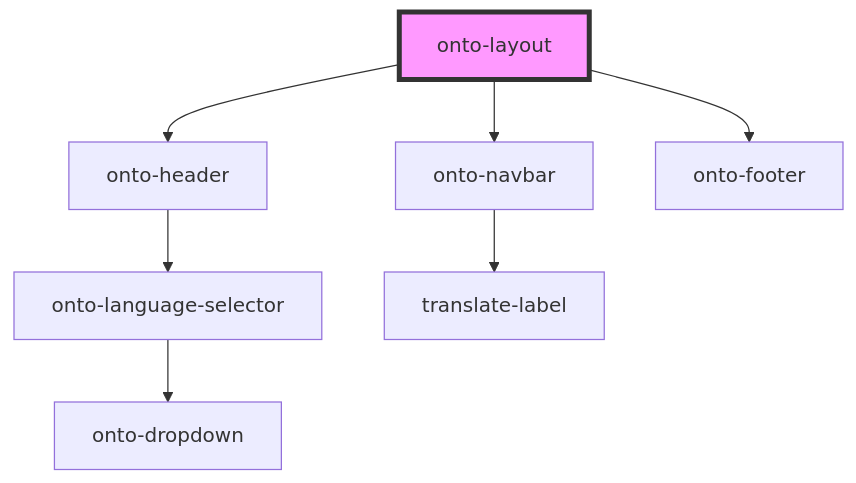
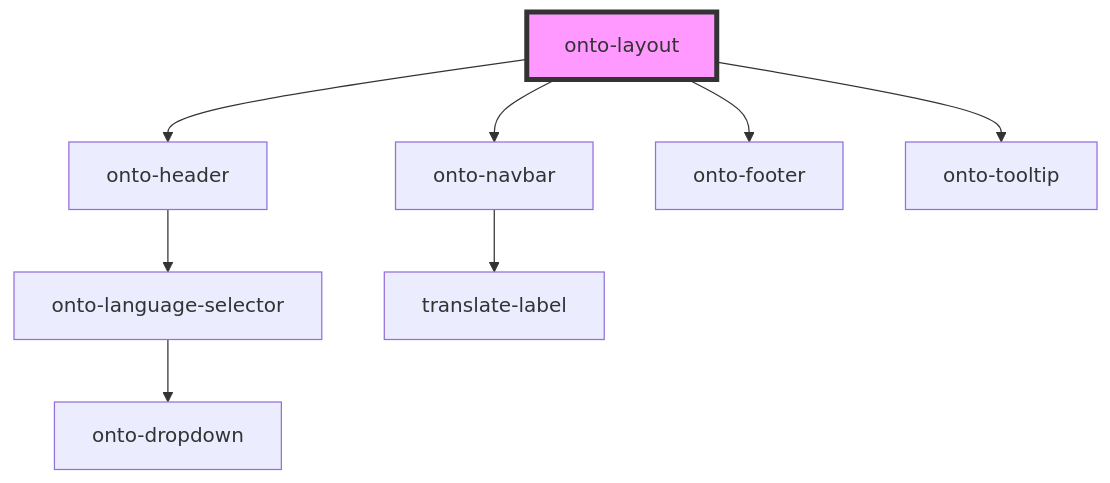
Before and after one commit to Ontotext-AD/graphdb-workbench: the diagram in packages/shared-components/src/components/onto-layout/readme.md, drawn with Mermaid. The commit also changed other lines of this file and 16 other files, not shown here.

````diff
--- a/packages/shared-components/src/components/onto-layout/readme.md
+++ b/packages/shared-components/src/components/onto-layout/readme.md
@@ -17,10 +18,11 @@
 ```mermaid
 graph TD;
   onto-layout --> onto-header
   onto-layout --> onto-navbar
   onto-layout --> onto-footer
+  onto-layout --> onto-tooltip
   onto-header --> onto-language-selector
   onto-language-selector --> onto-dropdown
   onto-navbar --> translate-label
   style onto-layout fill:#f9f,stroke:#333,stroke-width:4px
 ```
````
